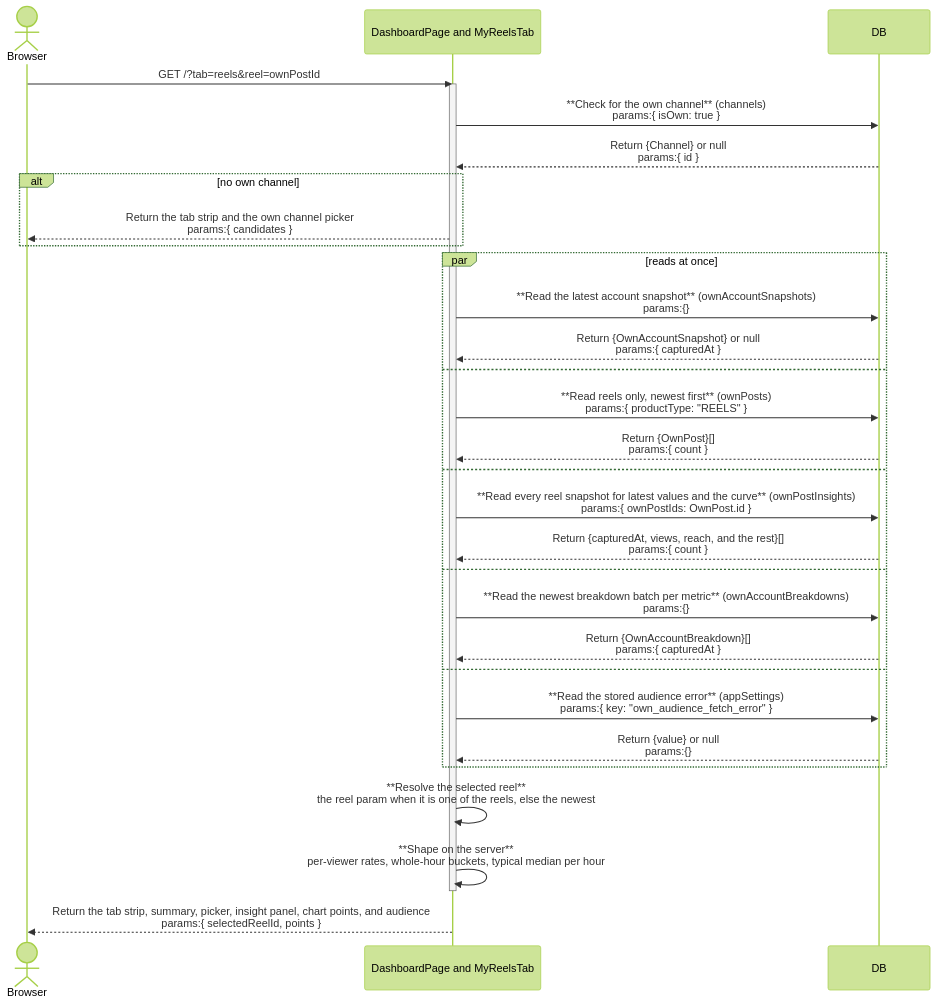
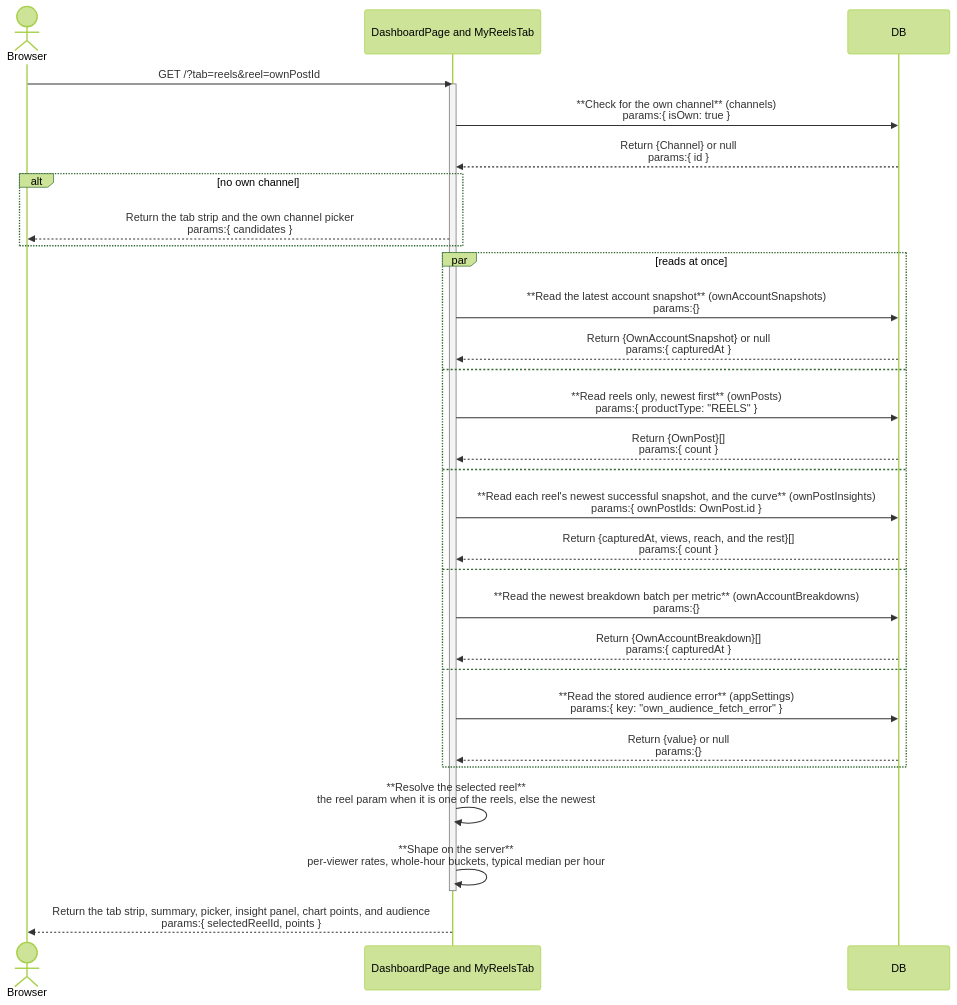
The fourth of 4 diagrams in documents/architect/core-components/mine/02-architecture.md (Kaiships-ai/crowsnest), drawn with Mermaid (forest theme) before and after one commit. The commit also changed other lines of this file and 3 other files, not shown here.

````diff
--- a/documents/architect/core-components/mine/02-architecture.md
+++ b/documents/architect/core-components/mine/02-architecture.md
@@ -288,34 +301,34 @@
 ```mermaid
 sequenceDiagram
     actor UI as Browser
     participant Page as DashboardPage and MyReelsTab
     participant DB
 
     UI->>Page: GET /?tab=reels&reel=ownPostId
     activate Page
     Page->>DB: **Check for the own channel** (channels)<br/>params:{ isOwn: true }
     DB-->>Page: Return {Channel} or null<br/>params:{ id }
     alt no own channel
         Page-->>UI: Return the tab strip and the own channel picker<br/>params:{ candidates }
     end
     par reads at once
         Page->>DB: **Read the latest account snapshot** (ownAccountSnapshots)<br/>params:{}
         DB-->>Page: Return {OwnAccountSnapshot} or null<br/>params:{ capturedAt }
     and
         Page->>DB: **Read reels only, newest first** (ownPosts)<br/>params:{ productType: "REELS" }
         DB-->>Page: Return {OwnPost}[]<br/>params:{ count }
     and
-        Page->>DB: **Read every reel snapshot for latest values and the curve** (ownPostInsights)<br/>params:{ ownPostIds: OwnPost.id }
+        Page->>DB: **Read each reel's newest successful snapshot, and the curve** (ownPostInsights)<br/>params:{ ownPostIds: OwnPost.id }
         DB-->>Page: Return {capturedAt, views, reach, and the rest}[]<br/>params:{ count }
     and
         Page->>DB: **Read the newest breakdown batch per metric** (ownAccountBreakdowns)<br/>params:{}
         DB-->>Page: Return {OwnAccountBreakdown}[]<br/>params:{ capturedAt }
     and
         Page->>DB: **Read the stored audience error** (appSettings)<br/>params:{ key: "own_audience_fetch_error" }
         DB-->>Page: Return {value} or null<br/>params:{}
     end
     Page->>Page: **Resolve the selected reel**<br/>the reel param when it is one of the reels, else the newest
     Page->>Page: **Shape on the server**<br/>per-viewer rates, whole-hour buckets, typical median per hour
     deactivate Page
     Page-->>UI: Return the tab strip, summary, picker, insight panel, chart points, and audience<br/>params:{ selectedReelId, points }
 ```
````
